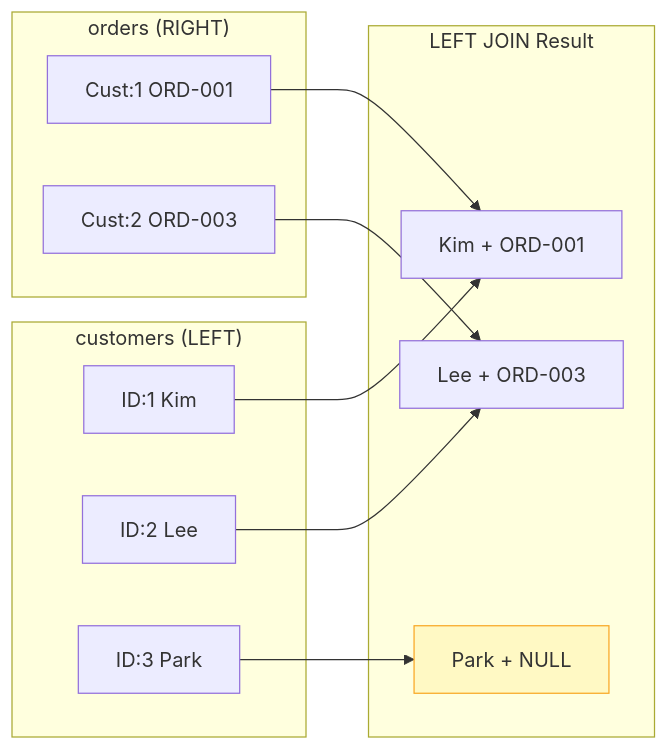
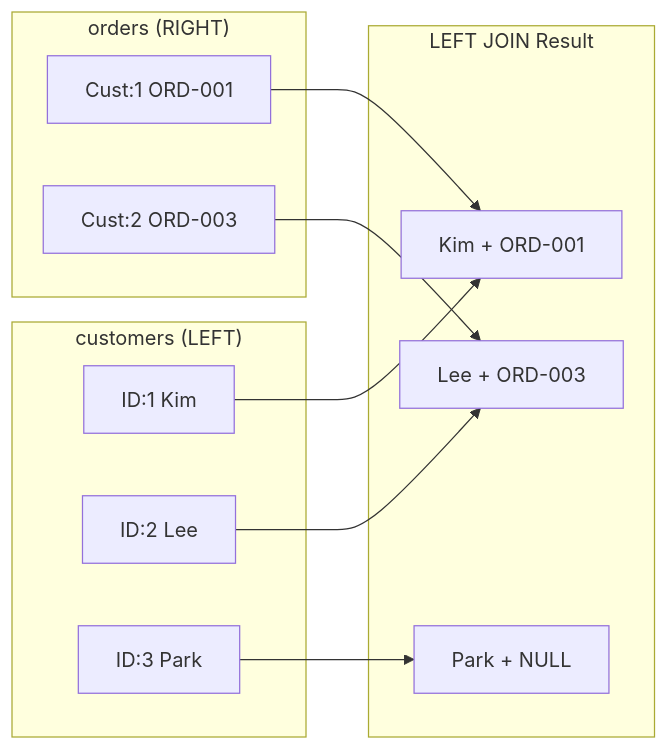
Before and after one commit to civilian7/sql-tutorial: the diagram in docs/en/intermediate/08-left-join.md, drawn with Mermaid. The commit also changed other lines of this file and 101 other files, not shown here.

````diff
--- a/docs/en/intermediate/08-left-join.md
+++ b/docs/en/intermediate/08-left-join.md
@@ -5,23 +5,22 @@
 ```mermaid
 flowchart LR
     subgraph "customers (LEFT)"
         C1["ID:1 Kim"]
         C2["ID:2 Lee"]
         C3["ID:3 Park"]
     end
     subgraph "orders (RIGHT)"
         O1["Cust:1 ORD-001"]
         O3["Cust:2 ORD-003"]
     end
     subgraph "LEFT JOIN Result"
         R1["Kim + ORD-001"]
         R2["Lee + ORD-003"]
         R3["Park + NULL"]
     end
     C1 --> R1
     C2 --> R2
     C3 --> R3
     O1 --> R1
     O3 --> R2
-    style R3 fill:#fff9c4,stroke:#f9a825
 ```
````
